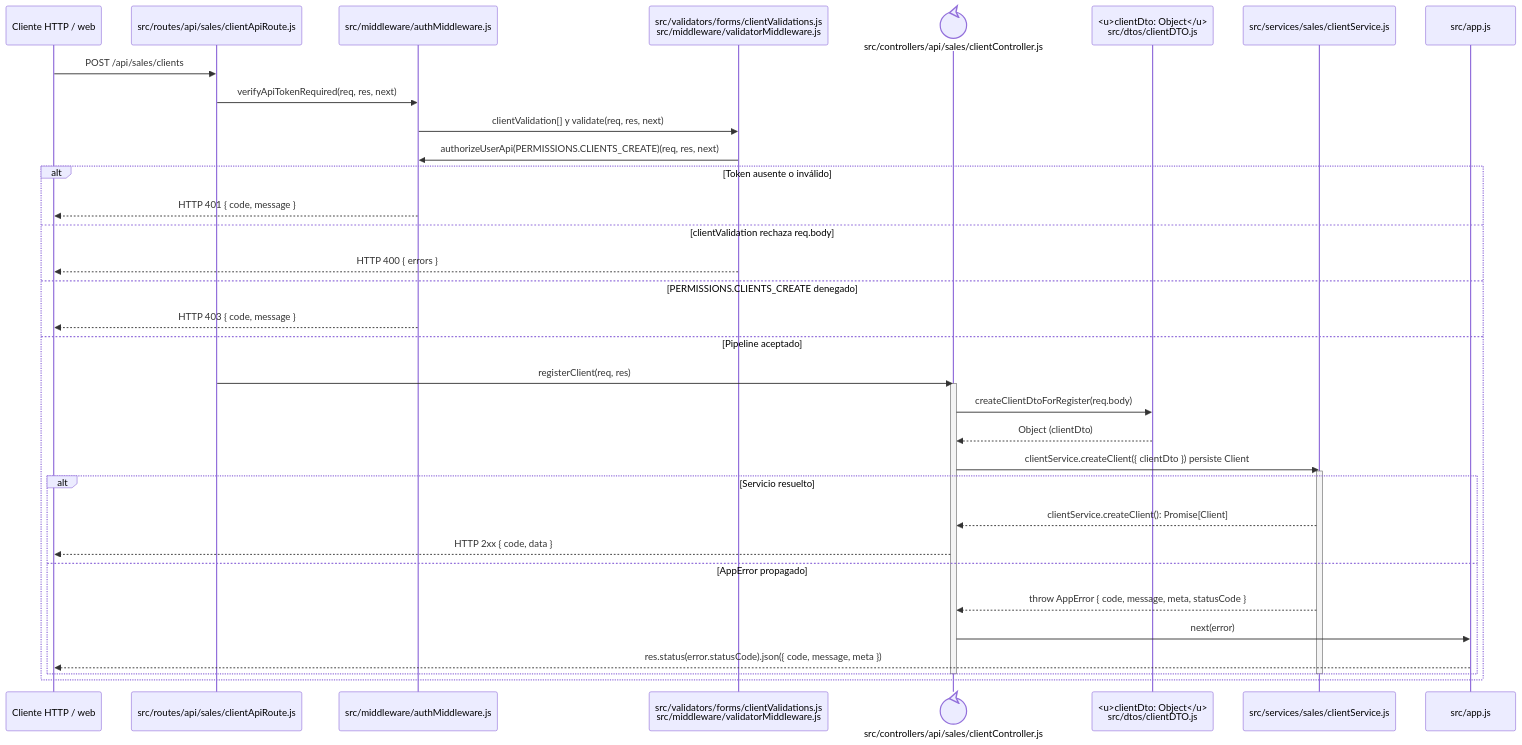
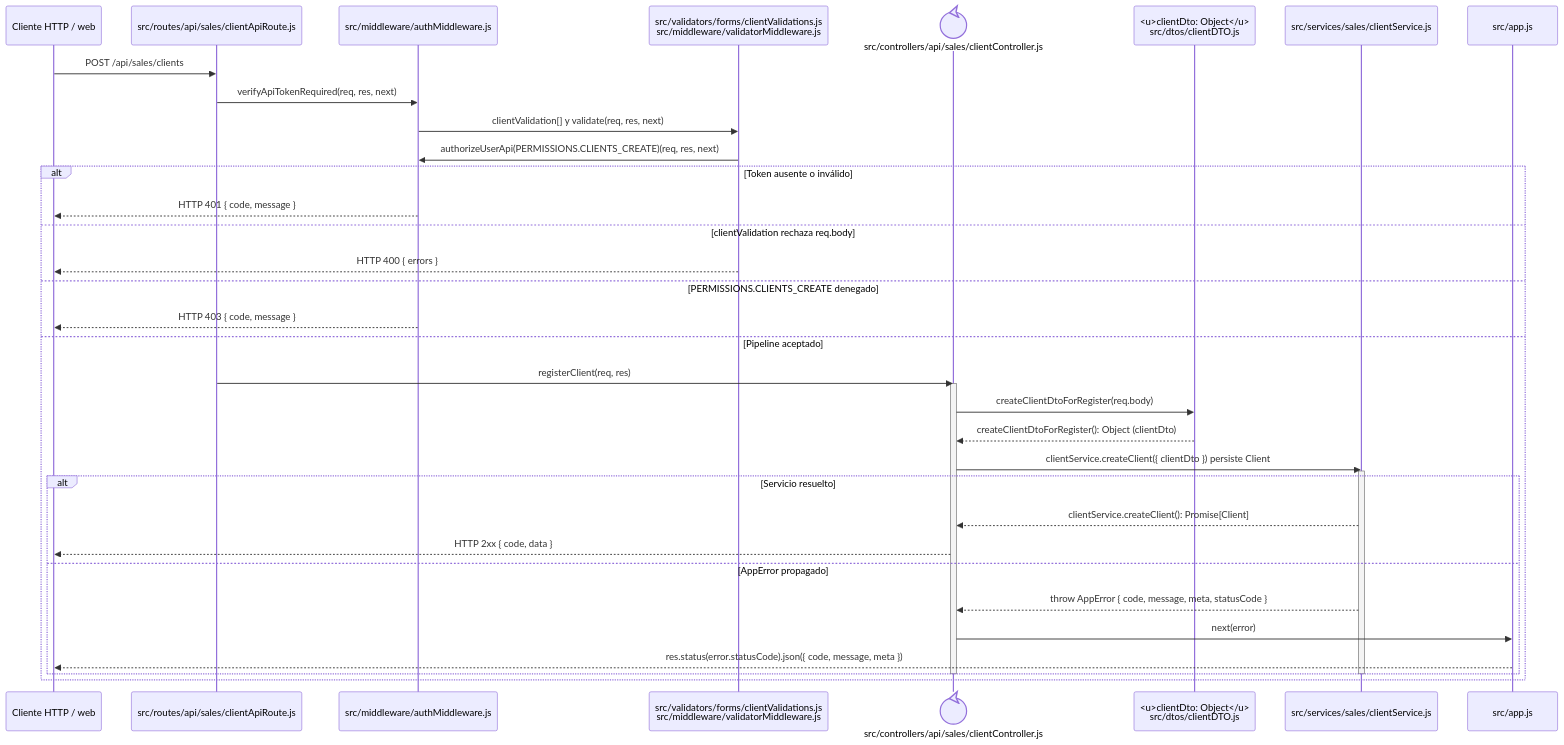
The diagram in docs/architecture/backend-code-sequences/catalogs/cu-cat-06.md (gpgsistemas01/nexus), drawn with Mermaid before and after one commit. The commit also changed 50 other files, not shown here.

Commit message:
docs: separar llamadas en diagramas de secuencia

````diff
--- a/docs/architecture/backend-code-sequences/catalogs/cu-cat-06.md
+++ b/docs/architecture/backend-code-sequences/catalogs/cu-cat-06.md
@@ -10,40 +10,40 @@
 ```mermaid
 sequenceDiagram
     participant Client as Cliente HTTP / web
     participant Route as src/routes/api/sales/clientApiRoute.js
     participant Auth as src/middleware/authMiddleware.js
     participant Validator as src/validators/forms/clientValidations.js<br/>src/middleware/validatorMiddleware.js
     participant Controller@{ "type": "control" } as src/controllers/api/sales/clientController.js
     participant ClientDto as <u>clientDto: Object</u><br/>src/dtos/clientDTO.js
     participant Domain as src/services/sales/clientService.js
     participant ErrorHandler as src/app.js
 
     Client->>Route: POST /api/sales/clients
     Route->>Auth: verifyApiTokenRequired(req, res, next)
     Auth->>Validator: clientValidation[] y validate(req, res, next)
     Validator->>Auth: authorizeUserApi(PERMISSIONS.CLIENTS_CREATE)(req, res, next)
     alt Token ausente o inválido
         Auth-->>Client: HTTP 401 { code, message }
     else clientValidation rechaza req.body
         Validator-->>Client: HTTP 400 { errors }
     else PERMISSIONS.CLIENTS_CREATE denegado
         Auth-->>Client: HTTP 403 { code, message }
     else Pipeline aceptado
         Route->>Controller: registerClient(req, res)
         activate Controller
         Controller->>ClientDto: createClientDtoForRegister(req.body)
-        ClientDto-->>Controller: Object (clientDto)
+        ClientDto-->>Controller: createClientDtoForRegister(): Object (clientDto)
         Controller->>Domain: clientService.createClient({ clientDto }) persiste Client
         activate Domain
         alt Servicio resuelto
             Domain-->>Controller: clientService.createClient(): Promise[Client]
             Controller-->>Client: HTTP 2xx { code, data }
         else AppError propagado
             Domain-->>Controller: throw AppError { code, message, meta, statusCode }
             Controller->>ErrorHandler: next(error)
             ErrorHandler-->>Client: res.status(error.statusCode).json({ code, message, meta })
         end
         deactivate Domain
         deactivate Controller
     end
 ```
````
